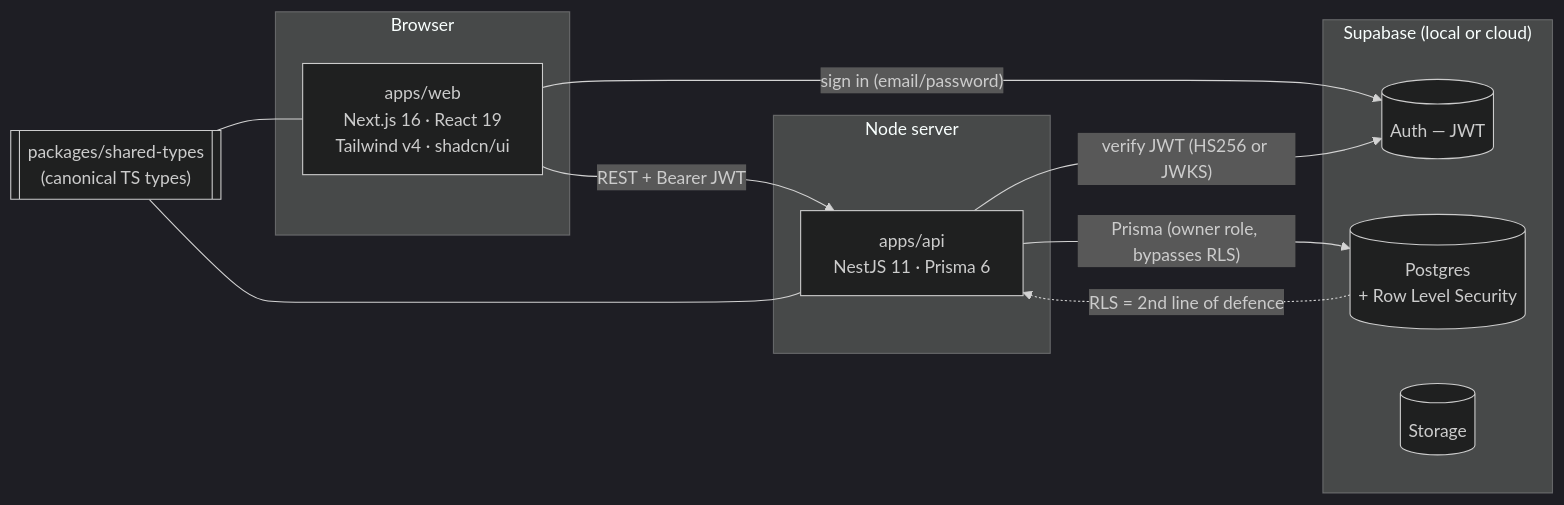
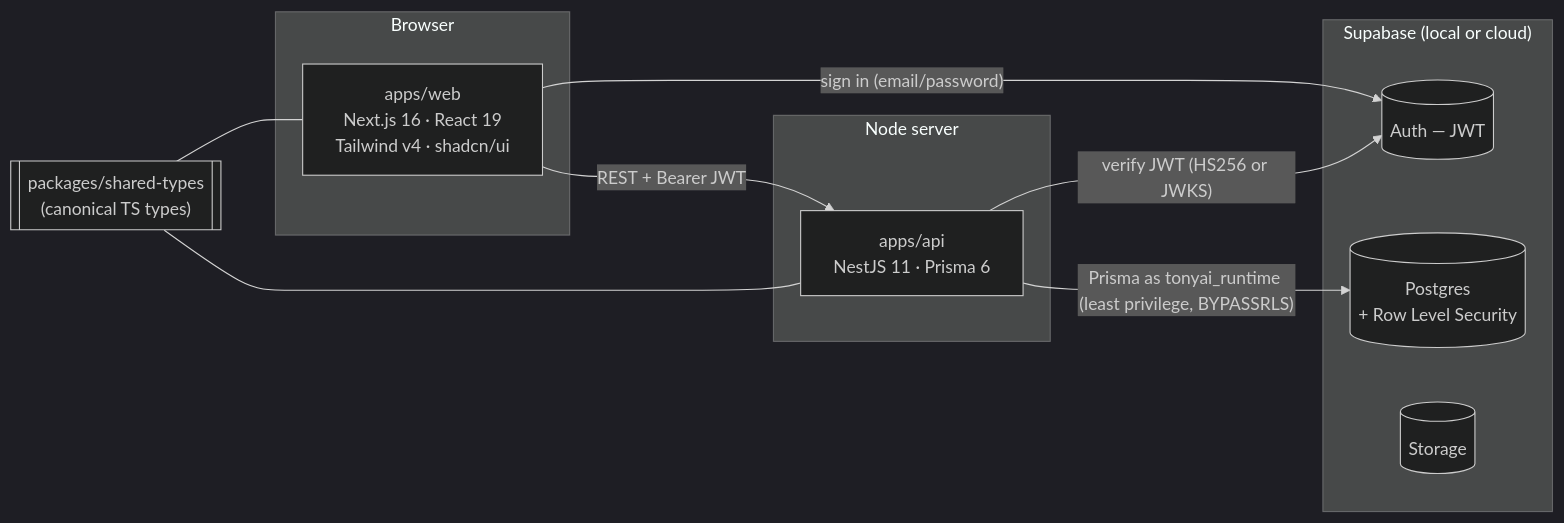
The diagram in README.md (tonyaiukco/TonyAI-mono-repo), drawn with Mermaid (dark theme) before and after one commit. The commit also changed other lines of this file and 39 other files, not shown here.

First line of the commit message:
fix(lp1-03): tenant and administrative invariants — same-organisation grants, least-privilege runtime role, access boundary (#147)

````diff
--- a/README.md
+++ b/README.md
@@ -95,26 +95,25 @@
 ```mermaid
 flowchart LR
   subgraph Browser
     Web["apps/web<br/>Next.js 16 · React 19<br/>Tailwind v4 · shadcn/ui"]
   end
 
   subgraph "Node server"
     API["apps/api<br/>NestJS 11 · Prisma 6"]
   end
 
   subgraph Supabase["Supabase (local or cloud)"]
     Auth[("Auth — JWT")]
     DB[("Postgres<br/>+ Row Level Security")]
     Storage[("Storage")]
   end
 
   Shared[["packages/shared-types<br/>(canonical TS types)"]]
 
   Web -- "sign in (email/password)" --> Auth
   Web -- "REST + Bearer JWT" --> API
   API -- "verify JWT (HS256 or JWKS)" --> Auth
-  API -- "Prisma (owner role, bypasses RLS)" --> DB
-  DB -. "RLS = 2nd line of defence" .-> API
+  API -- "Prisma as tonyai_runtime (least privilege, BYPASSRLS)" --> DB
   Shared --- Web
   Shared --- API
 ```
````
